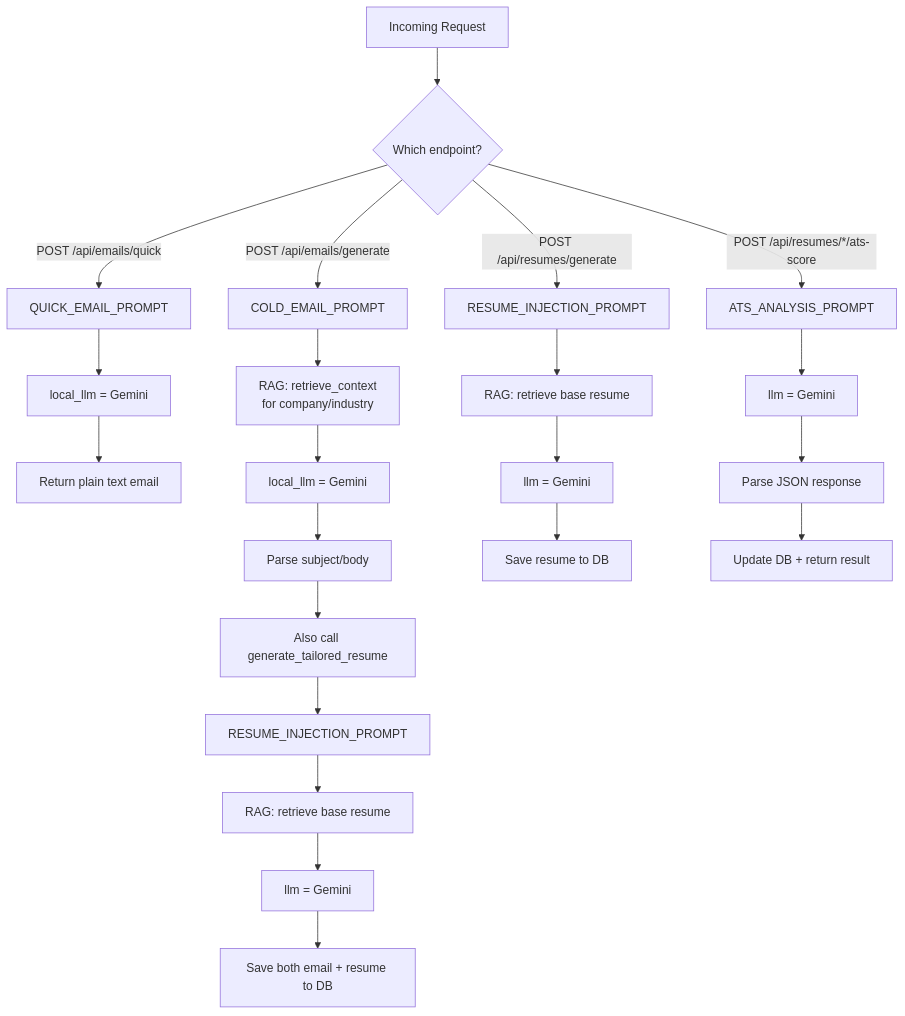
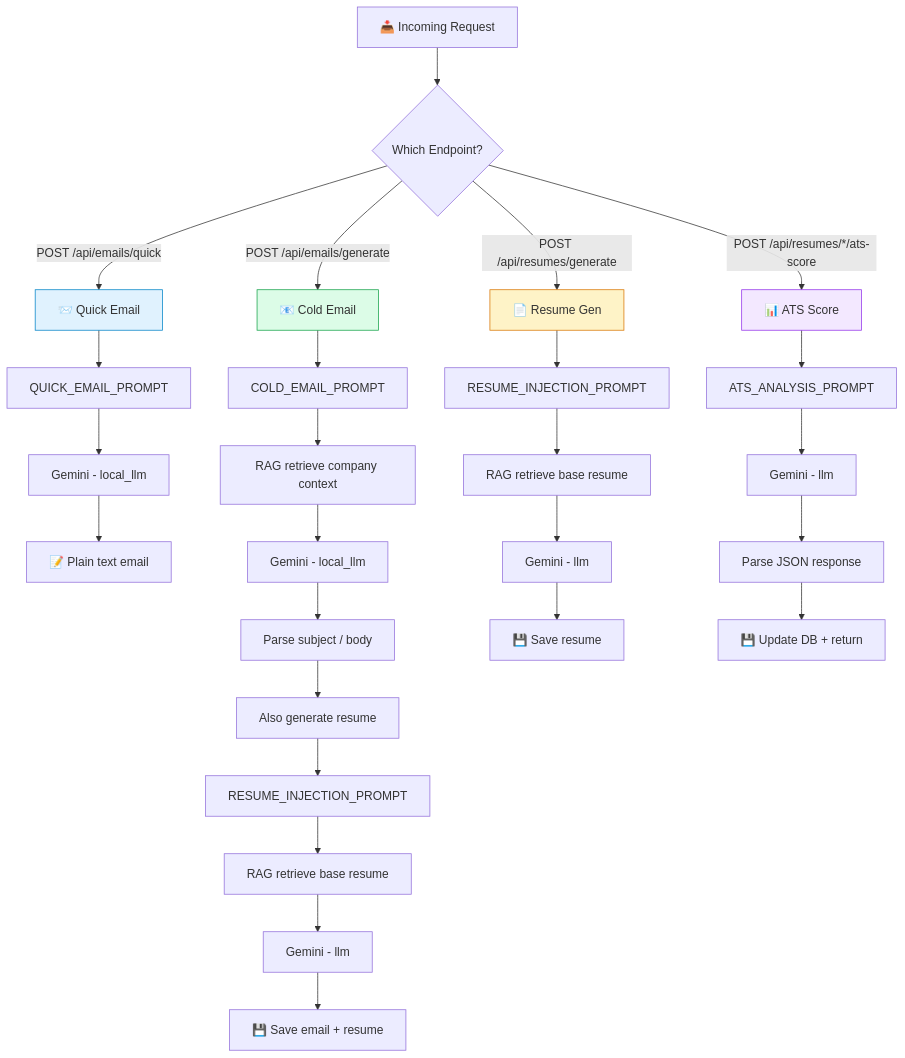
The sixth of 6 diagrams in README.md (GaganCB2002/ColdForge), drawn with Mermaid before and after one commit. The commit also changed other lines of this file, not shown here.

````diff
--- a/README.md
+++ b/README.md
@@ -819,28 +285,38 @@
 ```mermaid
 flowchart TD
-    A[Incoming Request] --> B{Which endpoint?}
+    REQ[📥 Incoming Request] --> ENDPOINT{Which Endpoint?}
     
-    B -->|POST /api/emails/quick| C[QUICK_EMAIL_PROMPT]
-    C --> D[local_llm = Gemini]
-    D --> E[Return plain text email]
+    ENDPOINT -->|POST /api/emails/quick| QE[📨 Quick Email]
+    QE --> QP[QUICK_EMAIL_PROMPT]
+    QP --> QLLM[Gemini - local_llm]
+    QLLM --> QR[📝 Plain text email]
     
-    B -->|POST /api/emails/generate| F[COLD_EMAIL_PROMPT]
-    F --> G[RAG: retrieve_context<br/>for company/industry]
-    G --> H[local_llm = Gemini]
-    H --> I[Parse subject/body]
-    I --> J[Also call generate_tailored_resume]
-    J --> K[RESUME_INJECTION_PROMPT]
-    K --> L[RAG: retrieve base resume]
-    L --> M[llm = Gemini]
-    M --> N[Save both email + resume to DB]
+    ENDPOINT -->|POST /api/emails/generate| CE[📧 Cold Email]
+    CE --> CP[COLD_EMAIL_PROMPT]
+    CP --> RAG1[RAG retrieve company context]
+    RAG1 --> CLLM[Gemini - local_llm]
+    CLLM --> PARSE[Parse subject / body]
+    PARSE --> RESUME
     
-    B -->|POST /api/resumes/generate| O[RESUME_INJECTION_PROMPT]
-    O --> P[RAG: retrieve base resume]
-    P --> Q[llm = Gemini]
-    Q --> R[Save resume to DB]
+    RESUME[Also generate resume] --> RP[RESUME_INJECTION_PROMPT]
+    RP --> RAG2[RAG retrieve base resume]
+    RAG2 --> RLLM[Gemini - llm]
+    RLLM --> SAVE[💾 Save email + resume]
     
-    B -->|POST /api/resumes/*/ats-score| S[ATS_ANALYSIS_PROMPT]
-    S --> T[llm = Gemini]
-    T --> U[Parse JSON response]
-    U --> V[Update DB + return result]
+    ENDPOINT -->|POST /api/resumes/generate| RG[📄 Resume Gen]
+    RG --> RGP[RESUME_INJECTION_PROMPT]
+    RGP --> RGRAG[RAG retrieve base resume]
+    RGRAG --> RGLLM[Gemini - llm]
+    RGLLM --> RGSAVE[💾 Save resume]
+    
+    ENDPOINT -->|POST /api/resumes/*/ats-score| ATS[📊 ATS Score]
+    ATS --> AP[ATS_ANALYSIS_PROMPT]
+    AP --> ALLM[Gemini - llm]
+    ALLM --> AJ[Parse JSON response]
+    AJ --> AUPDATE[💾 Update DB + return]
+    
+    style QE fill:#E0F2FE,stroke:#0284C7
+    style CE fill:#DCFCE7,stroke:#16A34A
+    style RG fill:#FEF3C7,stroke:#D97706
+    style ATS fill:#F3E8FF,stroke:#9333EA
 ```
````
